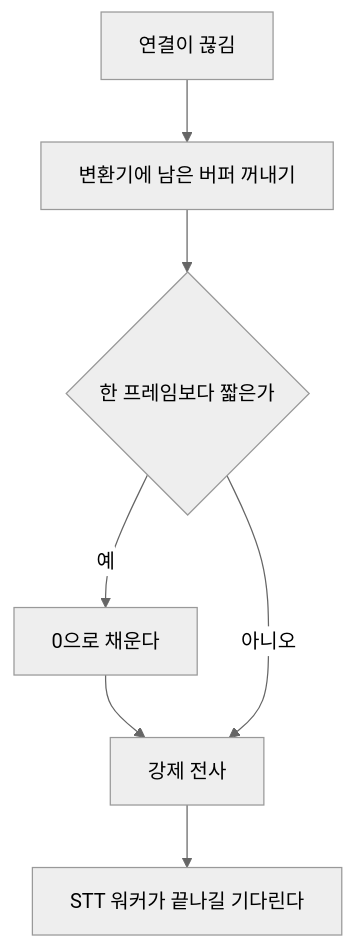
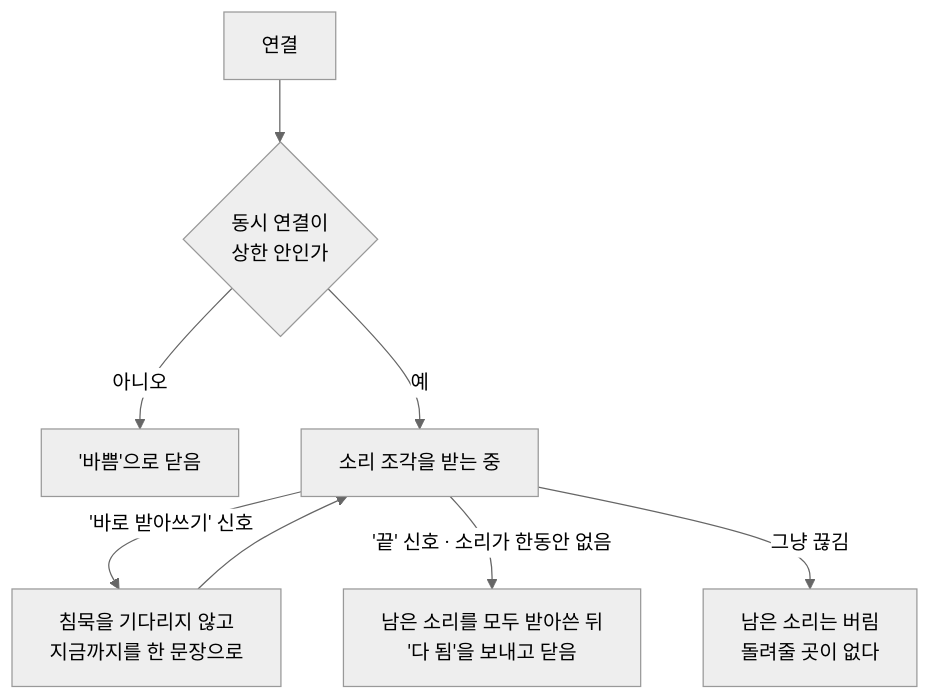
Before and after one commit to 06171002/06171002.github.io: the diagram in src/content/features/stt/realtime-stt/diagram-4.mmd, drawn with Mermaid (neutral theme). The commit also changed 72 other files, not shown here.

First line of the commit message:
feat: STT 프로젝트를 사내 받아쓰기·요약 서비스 기준으로 — 카드 4장

```diff
--- a/src/content/features/stt/realtime-stt/diagram-4.mmd
+++ b/src/content/features/stt/realtime-stt/diagram-4.mmd
@@ -1,5 +1,8 @@
 flowchart TD
-    d["연결이 끊김"] --> f["변환기에 남은 버퍼 꺼내기"] --> p{"한 프레임보다 짧은가"}
-    p -->|"예"| z["0으로 채운다"] --> s["강제 전사"]
-    p -->|"아니오"| s
-    s --> w["STT 워커가 끝나길 기다린다"]
+    o["연결"] --> lim{"동시 연결이<br/>상한 안인가"}
+    lim -->|"아니오"| busy["'바쁨'으로 닫음"]
+    lim -->|"예"| a["소리 조각을 받는 중"]
+    a -->|"'바로 받아쓰기' 신호"| f["침묵을 기다리지 않고<br/>지금까지를 한 문장으로"]
+    f --> a
+    a -->|"'끝' 신호 · 소리가 한동안 없음"| e["남은 소리를 모두 받아쓴 뒤<br/>'다 됨'을 보내고 닫음"]
+    a -->|"그냥 끊김"| d["남은 소리는 버림<br/>돌려줄 곳이 없다"]
```
